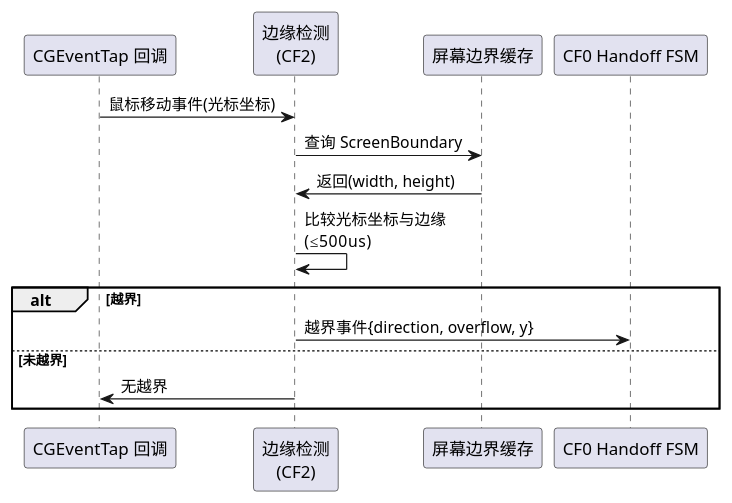
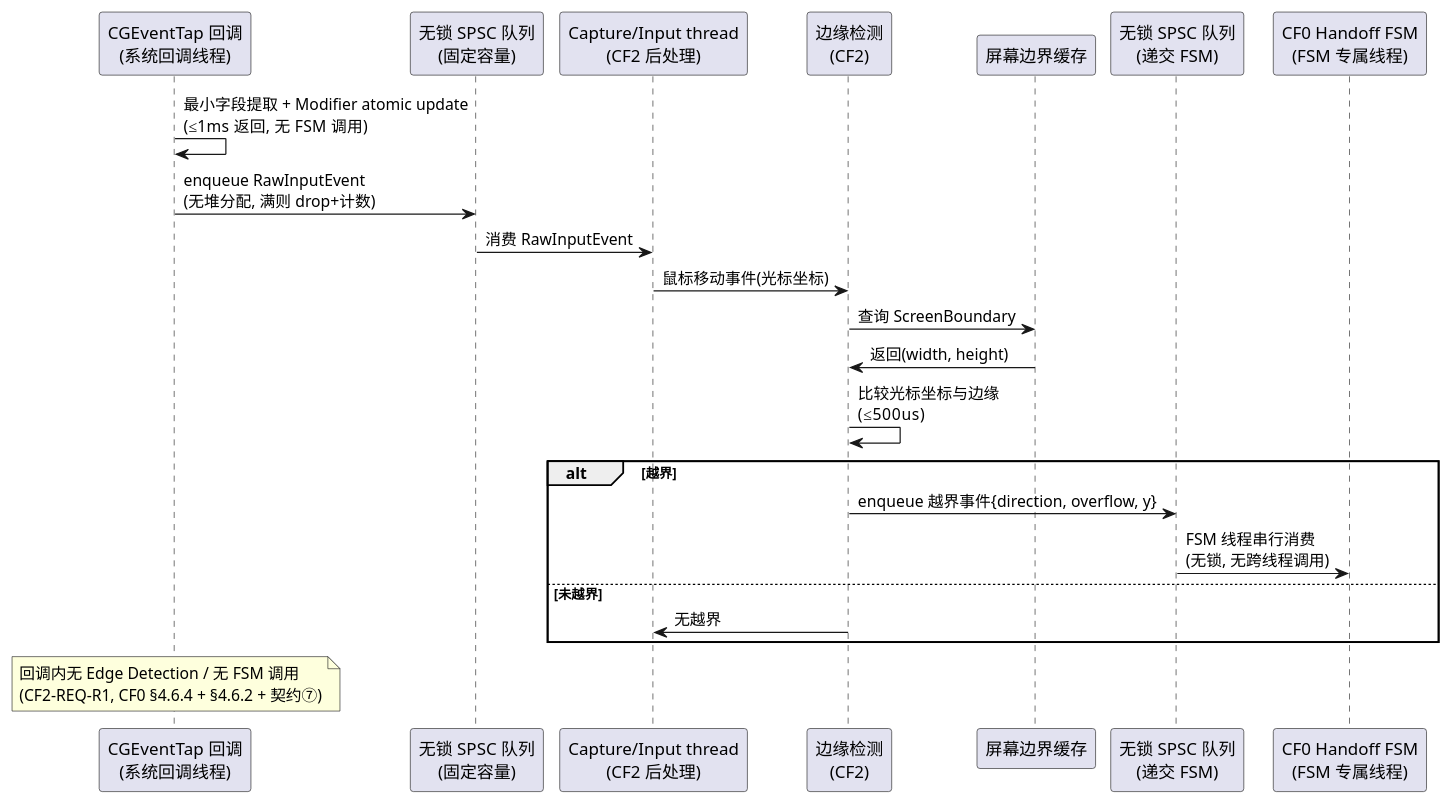
One commit to wujupeng/CrossFlow-X changed the fifth of 7 diagrams in docs/cf2_mac_capture/spec.md. Above: the diagram before and after it, drawn with PlantUML. The commit also changed other lines of this file, not shown here.

````diff
--- a/docs/cf2_mac_capture/spec.md
+++ b/docs/cf2_mac_capture/spec.md
@@ -523,18 +574,26 @@
 ```plantuml
 @startuml
-participant "CGEventTap 回调" as Tap
+participant "CGEventTap 回调\n(系统回调线程)" as Tap
+participant "无锁 SPSC 队列\n(固定容量)" as Q
+participant "Capture/Input thread\n(CF2 后处理)" as Cap
 participant "边缘检测\n(CF2)" as Edge
 participant "屏幕边界缓存" as Cache
-participant "CF0 Handoff FSM" as Fsm
+participant "无锁 SPSC 队列\n(递交 FSM)" as QFsm
+participant "CF0 Handoff FSM\n(FSM 专属线程)" as Fsm
 
-Tap -> Edge : 鼠标移动事件(光标坐标)
+Tap -> Tap : 最小字段提取 + Modifier atomic update\n(≤1ms 返回, 无 FSM 调用)
+Tap -> Q : enqueue RawInputEvent\n(无堆分配, 满则 drop+计数)
+Q -> Cap : 消费 RawInputEvent
+Cap -> Edge : 鼠标移动事件(光标坐标)
 Edge -> Cache : 查询 ScreenBoundary
 Cache -> Edge : 返回(width, height)
 Edge -> Edge : 比较光标坐标与边缘\n(≤500us)
 alt 越界
-    Edge -> Fsm : 越界事件{direction, overflow, y}
+    Edge -> QFsm : enqueue 越界事件{direction, overflow, y}
+    QFsm -> Fsm : FSM 线程串行消费\n(无锁, 无跨线程调用)
 else 未越界
-    Edge -> Tap : 无越界
+    Edge -> Cap : 无越界
 end
+note over Tap: 回调内无 Edge Detection / 无 FSM 调用\n(CF2-REQ-R1, CF0 §4.6.4 + §4.6.2 + 契约⑦)
 @enduml
 ```
````
